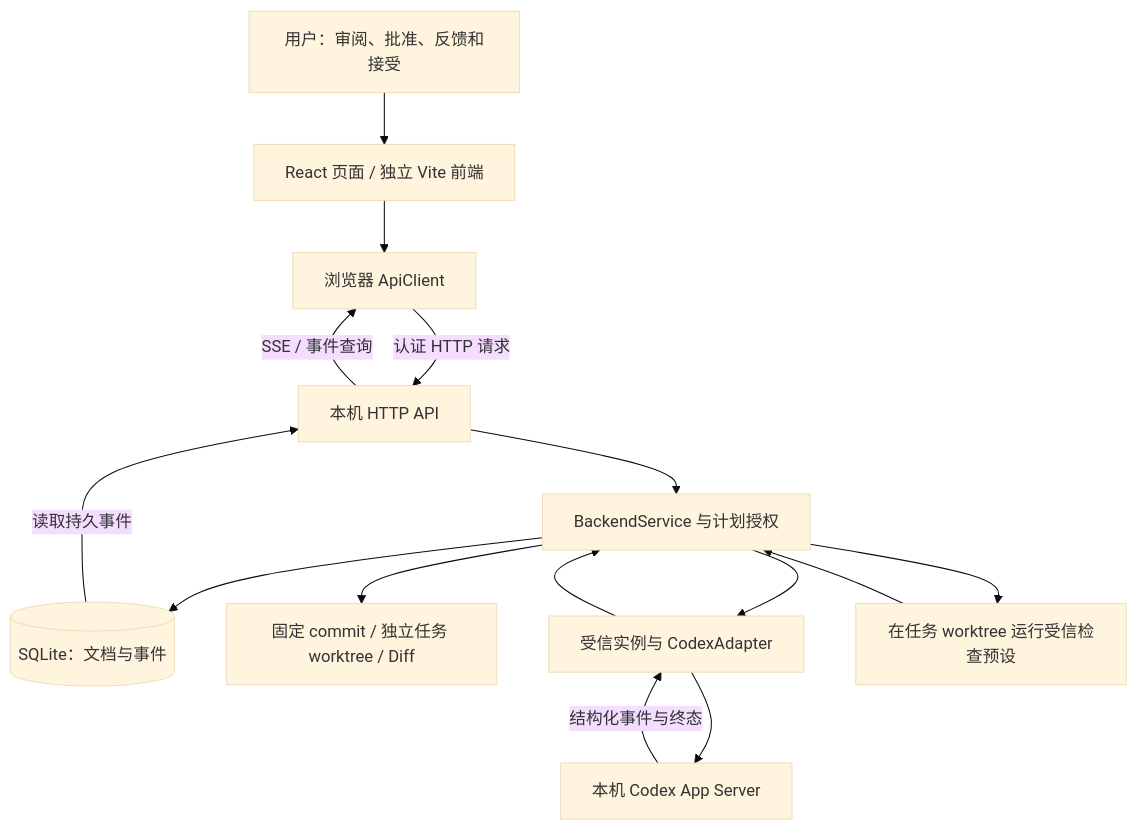
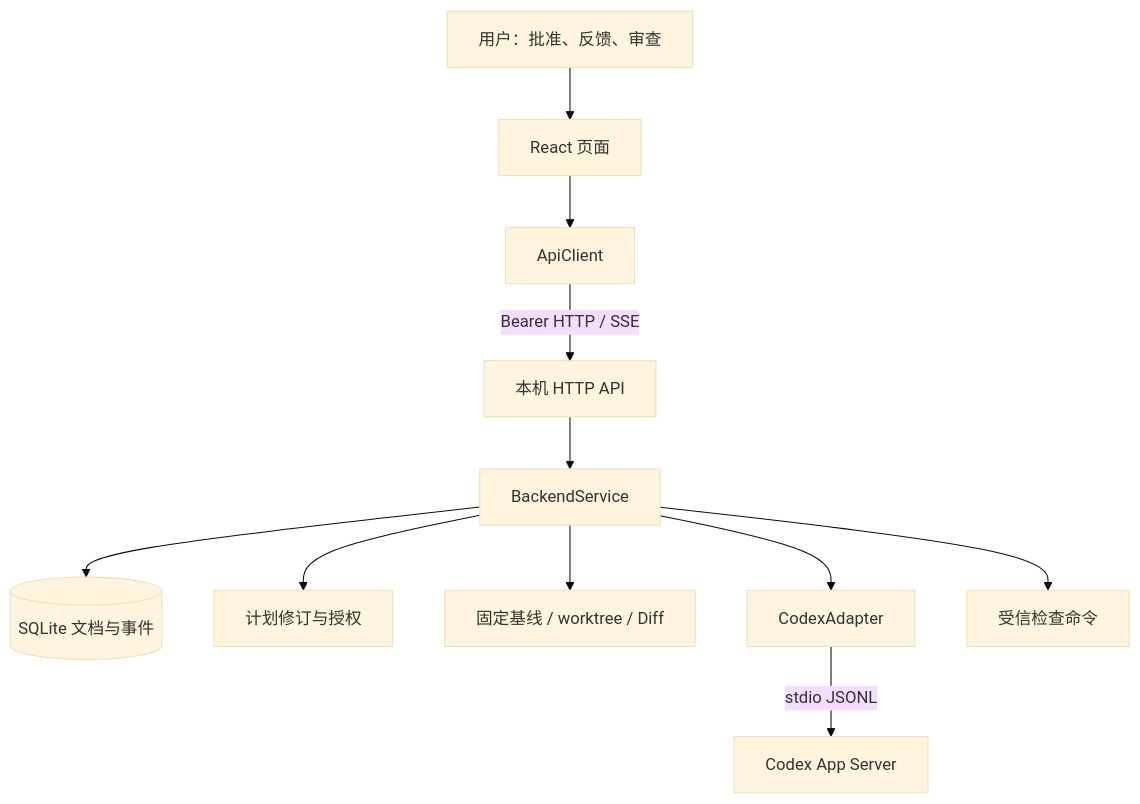
One commit to soyorin-lover/AgentDesk changed the diagram in docs/architecture.md. Above: the diagram before and after it, drawn with Mermaid (base theme). The commit also changed other lines of this file and 88 other files, not shown here.

````diff
--- a/docs/architecture.md
+++ b/docs/architecture.md
@@ -9,17 +5,13 @@
 ```mermaid
 flowchart TD
-    U[用户：审阅、批准、反馈和接受] --> UI[React 页面 / 独立 Vite 前端]
-    UI --> CLIENT[浏览器 ApiClient]
-    CLIENT -->|认证 HTTP 请求| HTTP[本机 HTTP API]
-    HTTP --> SERVICE[BackendService 与计划授权]
-    SERVICE --> DB[(SQLite：文档与事件)]
-    DB -->|读取持久事件| HTTP
-    HTTP -->|SSE / 事件查询| CLIENT
-    SERVICE --> GIT[固定 commit / 独立任务 worktree / Diff]
-    SERVICE --> AGENT[受信实例与 CodexAdapter]
-    AGENT --> CODEX[本机 Codex App Server]
-    CODEX -->|结构化事件与终态| AGENT
-    AGENT --> SERVICE
-    SERVICE --> CHECK[在任务 worktree 运行受信检查预设]
-    CHECK --> SERVICE
+    User[用户：批准、反馈、审查] --> UI[React 页面]
+    UI --> Client[ApiClient]
+    Client -->|Bearer HTTP / SSE| HTTP[本机 HTTP API]
+    HTTP --> Service[BackendService]
+    Service --> DB[(SQLite 文档与事件)]
+    Service --> Workflow[计划修订与授权]
+    Service --> Git[固定基线 / worktree / Diff]
+    Service --> Adapter[CodexAdapter]
+    Adapter -->|stdio JSONL| Codex[Codex App Server]
+    Service --> Check[受信检查命令]
 ```
````
